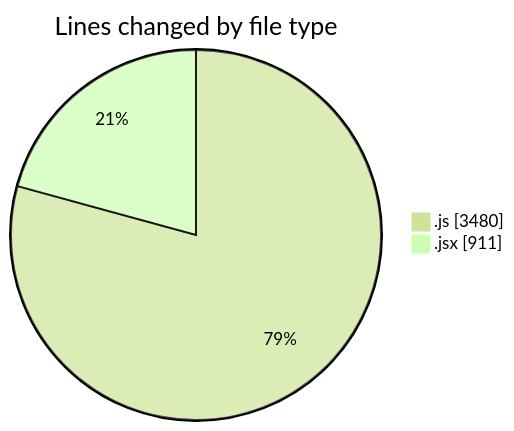
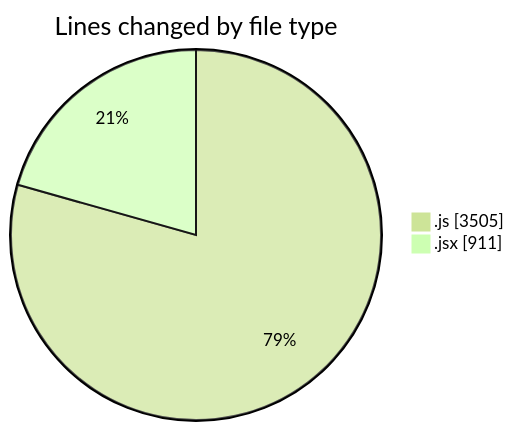
Before and after one commit to nxtqubesakshisongat/code-tracking: the first of 2 diagrams in 2025-09-24/nxtqube_webapp/README.md, drawn with Mermaid (forest theme). The commit also changed other lines of this file and 1 other file, not shown here.

````diff
--- a/2025-09-24/nxtqube_webapp/README.md
+++ b/2025-09-24/nxtqube_webapp/README.md
@@ -22,6 +22,6 @@
 ```mermaid
 pie showData
 title Lines changed by file type
-".js" : 3480
+".js" : 3505
 ".jsx" : 911
 ```
````
